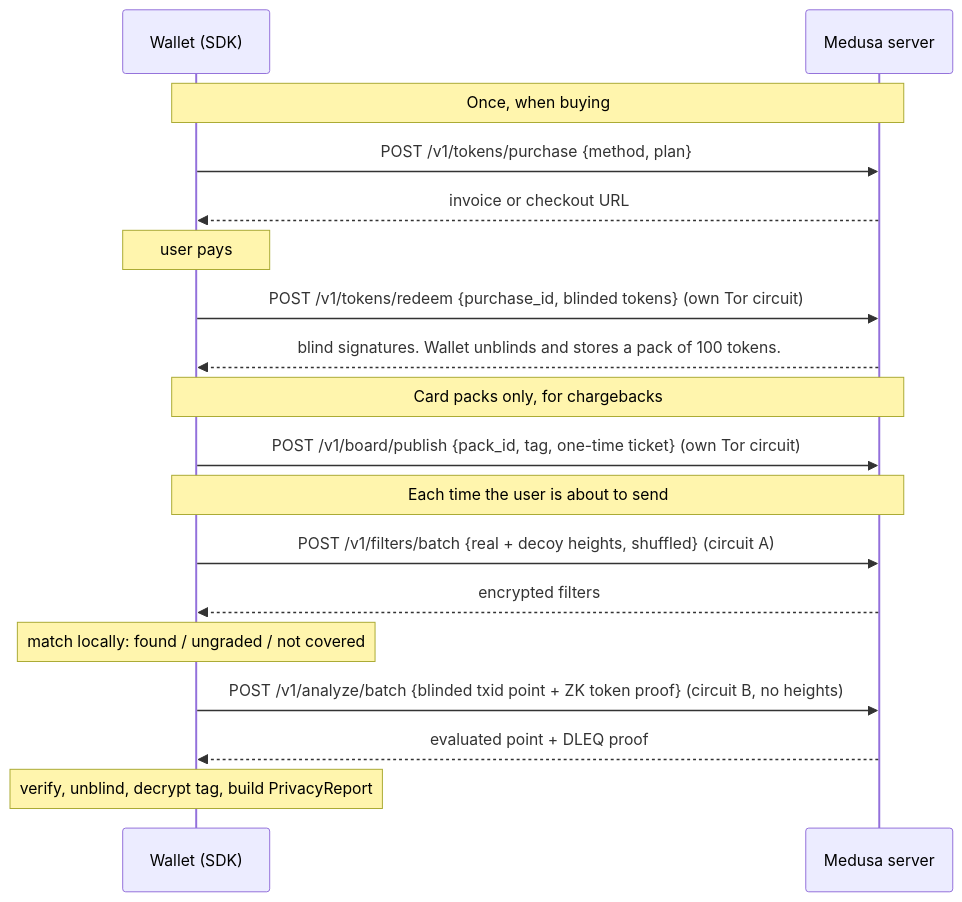
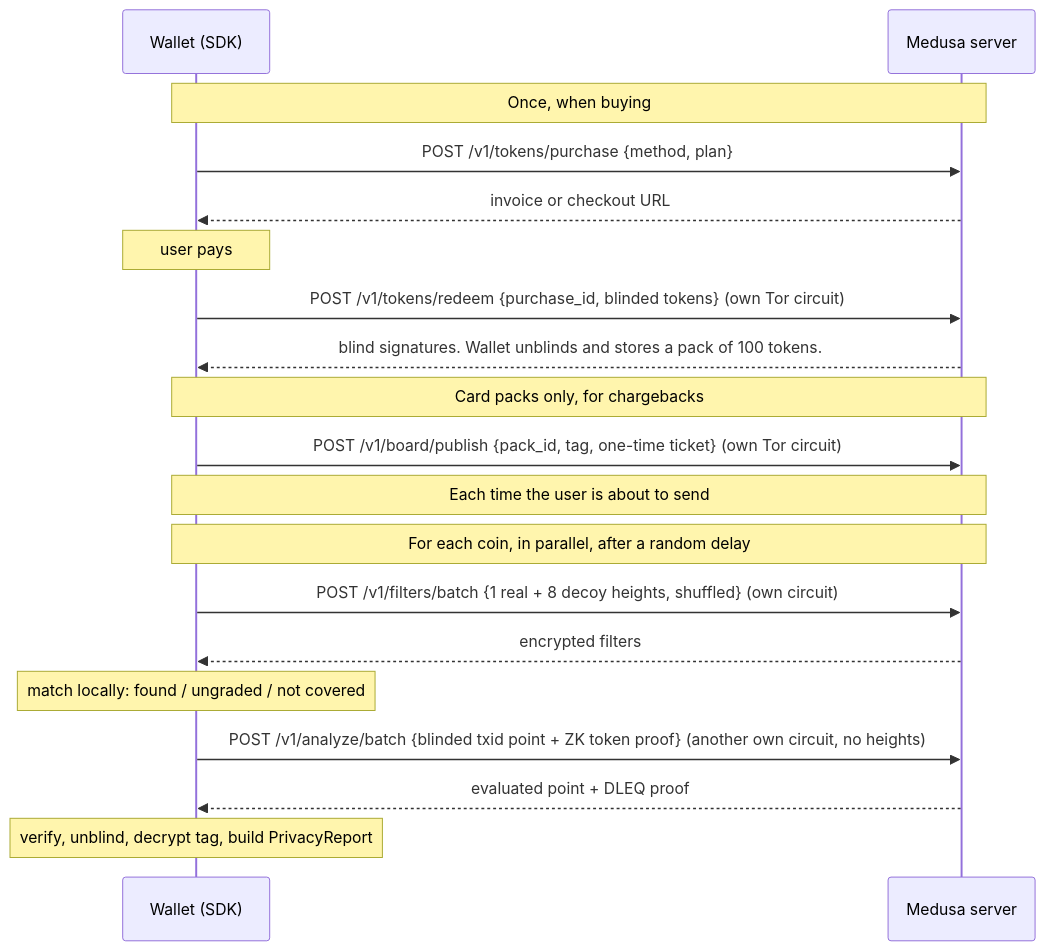
One commit to vazertuche105/perseverus-sdk changed the diagram in docs/01-how-it-works.md. Above: the diagram before and after it, drawn with Mermaid. The commit also changed other lines of this file and 8 other files, not shown here.

````diff
--- a/docs/01-how-it-works.md
+++ b/docs/01-how-it-works.md
@@ -66,20 +66,21 @@
 ```mermaid
 sequenceDiagram
     participant W as Wallet (SDK)
     participant S as Medusa server
     Note over W,S: Once, when buying
     W->>S: POST /v1/tokens/purchase {method, plan}
     S-->>W: invoice or checkout URL
     Note over W: user pays
     W->>S: POST /v1/tokens/redeem {purchase_id, blinded tokens}  (own Tor circuit)
     S-->>W: blind signatures. Wallet unblinds and stores a pack of 100 tokens.
     Note over W,S: Card packs only, for chargebacks
     W->>S: POST /v1/board/publish {pack_id, tag, one-time ticket}  (own Tor circuit)
     Note over W,S: Each time the user is about to send
-    W->>S: POST /v1/filters/batch {real + decoy heights, shuffled}  (circuit A)
+    Note over W,S: For each coin, in parallel, after a random delay
+    W->>S: POST /v1/filters/batch {1 real + 8 decoy heights, shuffled}  (own circuit)
     S-->>W: encrypted filters
     Note over W: match locally: found / ungraded / not covered
-    W->>S: POST /v1/analyze/batch {blinded txid point + ZK token proof}  (circuit B, no heights)
+    W->>S: POST /v1/analyze/batch {blinded txid point + ZK token proof}  (another own circuit, no heights)
     S-->>W: evaluated point + DLEQ proof
     Note over W: verify, unblind, decrypt tag, build PrivacyReport
 ```
````
